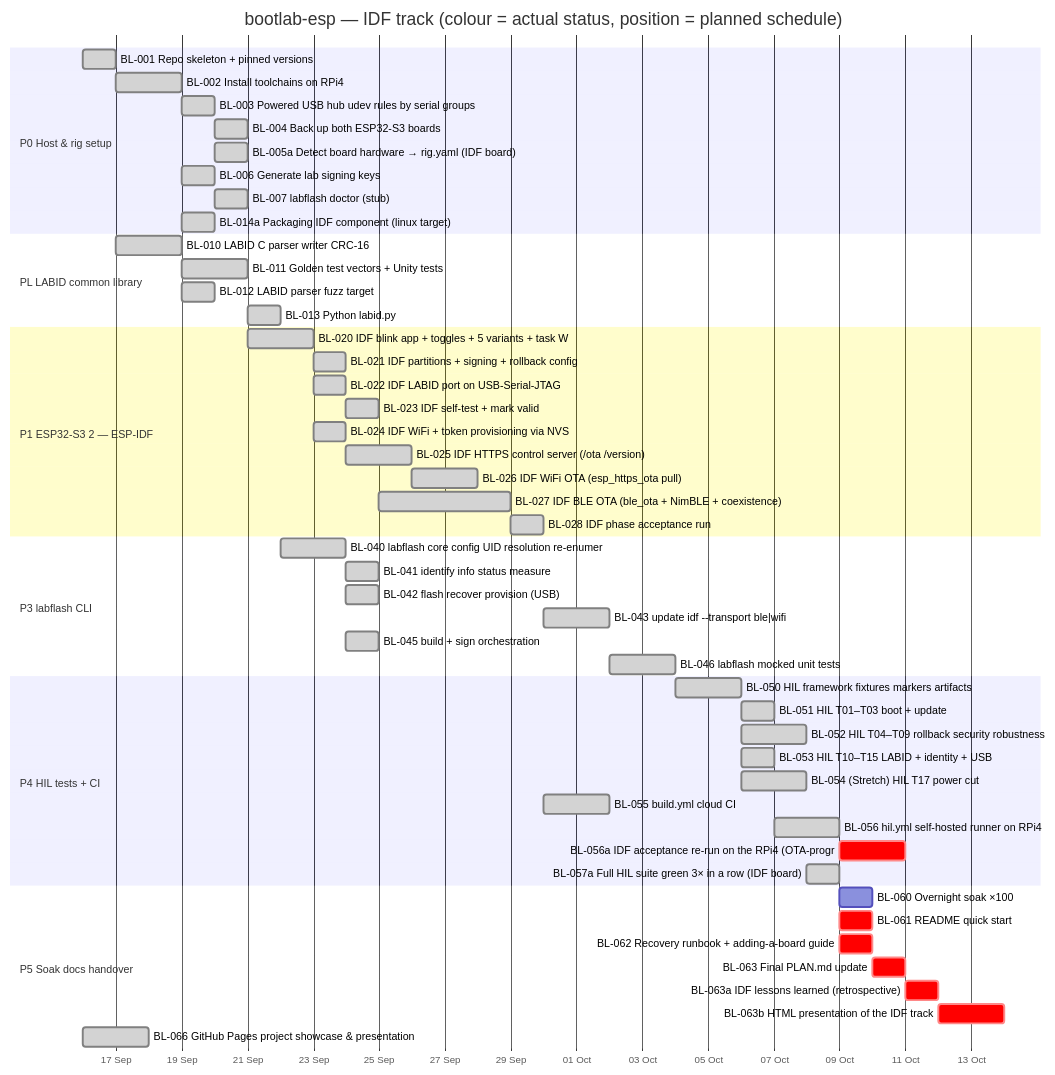
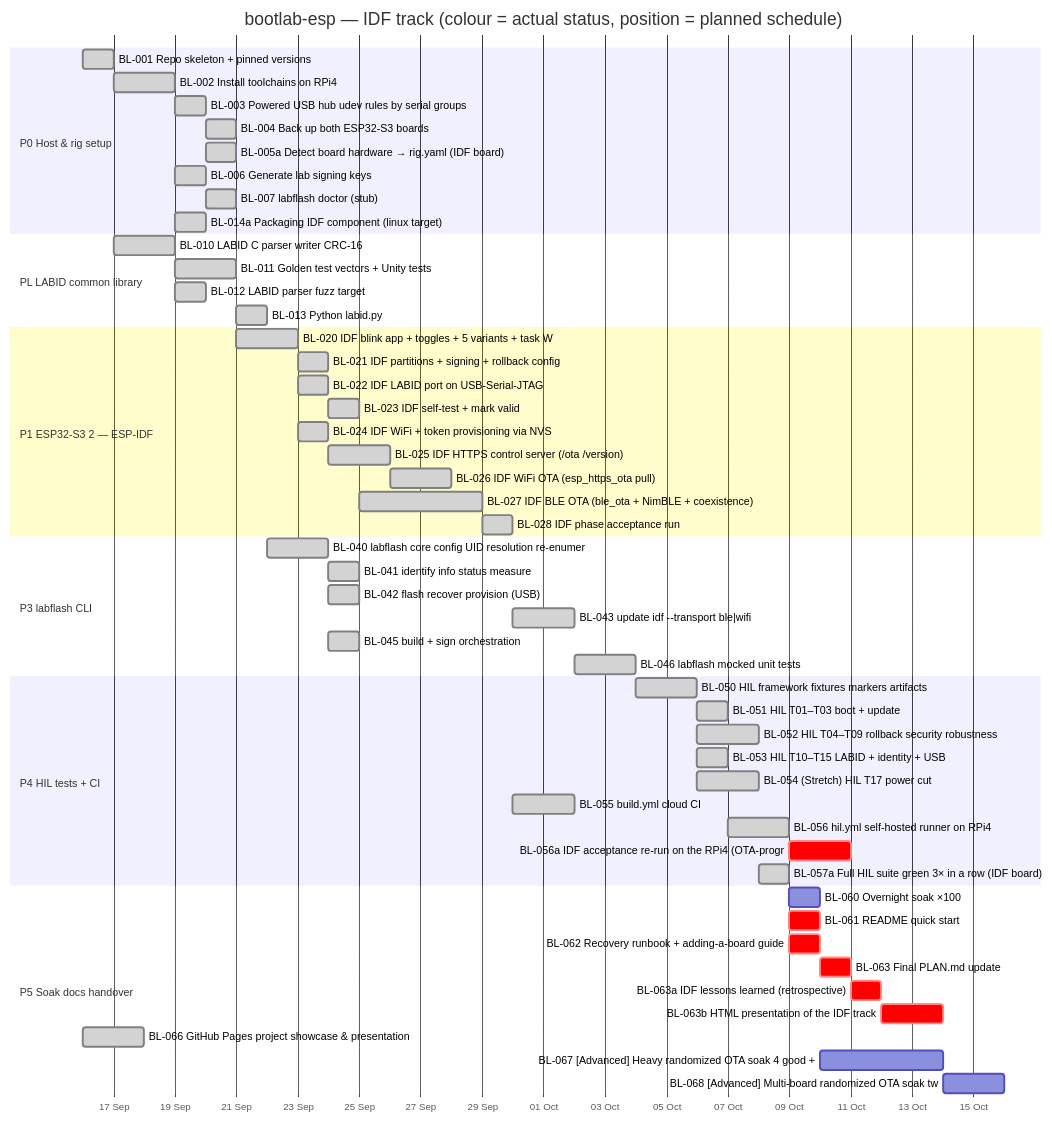
Before and after one commit to mohamed-soubhi/bootlab-esp: the first of 2 diagrams in tickets/GANTT.md, drawn with Mermaid. The commit also changed other lines of this file and 3 other files, not shown here.

First line of the commit message:
docs(tickets): add BL-067 heavy randomized soak and BL-068 multi-board parallel soak

````diff
--- a/tickets/GANTT.md
+++ b/tickets/GANTT.md
@@ -25,56 +25,58 @@
 ```mermaid
 gantt
     title bootlab-esp — IDF track (colour = actual status, position = planned schedule)
     dateFormat YYYY-MM-DD
     axisFormat %d %b
     todayMarker stroke-width:3px,stroke:#f80,opacity:0.7
     section P0 Host & rig setup
     BL-001 Repo skeleton + pinned versions :done, bl001, 2026-09-16, 1d
     BL-002 Install toolchains on RPi4 :done, bl002, 2026-09-17, 2d
     BL-003 Powered USB hub udev rules by serial groups :done, bl003, 2026-09-19, 1d
     BL-004 Back up both ESP32-S3 boards :done, bl004, 2026-09-20, 1d
     BL-005a Detect board hardware → rig.yaml (IDF board) :done, bl005a, 2026-09-20, 1d
     BL-006 Generate lab signing keys :done, bl006, 2026-09-19, 1d
     BL-007 labflash doctor (stub) :done, bl007, 2026-09-20, 1d
     BL-014a Packaging IDF component (linux target) :done, bl014a, 2026-09-19, 1d
     section PL LABID common library
     BL-010 LABID C parser writer CRC-16 :done, bl010, 2026-09-17, 2d
     BL-011 Golden test vectors + Unity tests :done, bl011, 2026-09-19, 2d
     BL-012 LABID parser fuzz target :done, bl012, 2026-09-19, 1d
     BL-013 Python labid.py :done, bl013, 2026-09-21, 1d
     section P1 ESP32-S3 2 — ESP-IDF
     BL-020 IDF blink app + toggles + 5 variants + task W :done, bl020, 2026-09-21, 2d
     BL-021 IDF partitions + signing + rollback config :done, bl021, 2026-09-23, 1d
     BL-022 IDF LABID port on USB-Serial-JTAG :done, bl022, 2026-09-23, 1d
     BL-023 IDF self-test + mark valid :done, bl023, 2026-09-24, 1d
     BL-024 IDF WiFi + token provisioning via NVS :done, bl024, 2026-09-23, 1d
     BL-025 IDF HTTPS control server (/ota /version) :done, bl025, 2026-09-24, 2d
     BL-026 IDF WiFi OTA (esp_https_ota pull) :done, bl026, 2026-09-26, 2d
     BL-027 IDF BLE OTA (ble_ota + NimBLE + coexistence) :done, bl027, 2026-09-25, 4d
     BL-028 IDF phase acceptance run :done, bl028, 2026-09-29, 1d
     section P3 labflash CLI
     BL-040 labflash core config UID resolution re-enumer :done, bl040, 2026-09-22, 2d
     BL-041 identify info status measure :done, bl041, 2026-09-24, 1d
     BL-042 flash recover provision (USB) :done, bl042, 2026-09-24, 1d
     BL-043 update idf --transport ble|wifi :done, bl043, 2026-09-30, 2d
     BL-045 build + sign orchestration :done, bl045, 2026-09-24, 1d
     BL-046 labflash mocked unit tests :done, bl046, 2026-10-02, 2d
     section P4 HIL tests + CI
     BL-050 HIL framework fixtures markers artifacts :done, bl050, 2026-10-04, 2d
     BL-051 HIL T01–T03 boot + update :done, bl051, 2026-10-06, 1d
     BL-052 HIL T04–T09 rollback security robustness :done, bl052, 2026-10-06, 2d
     BL-053 HIL T10–T15 LABID + identity + USB :done, bl053, 2026-10-06, 1d
     BL-054 (Stretch) HIL T17 power cut :done, bl054, 2026-10-06, 2d
     BL-055 build.yml cloud CI :done, bl055, 2026-09-30, 2d
     BL-056 hil.yml self-hosted runner on RPi4 :done, bl056, 2026-10-07, 2d
     BL-056a IDF acceptance re-run on the RPi4 (OTA-progr :crit, bl056a, 2026-10-09, 2d
     BL-057a Full HIL suite green 3× in a row (IDF board) :done, bl057a, 2026-10-08, 1d
     section P5 Soak docs handover
     BL-060 Overnight soak ×100 :bl060, 2026-10-09, 1d
     BL-061 README quick start :crit, bl061, 2026-10-09, 1d
     BL-062 Recovery runbook + adding-a-board guide :crit, bl062, 2026-10-09, 1d
     BL-063 Final PLAN.md update :crit, bl063, 2026-10-10, 1d
     BL-063a IDF lessons learned (retrospective) :crit, bl063a, 2026-10-11, 1d
     BL-063b HTML presentation of the IDF track :crit, bl063b, 2026-10-12, 2d
     BL-066 GitHub Pages project showcase & presentation :done, bl066, 2026-09-16, 2d
+    BL-067 [Advanced] Heavy randomized OTA soak 4 good + :bl067, 2026-10-10, 4d
+    BL-068 [Advanced] Multi-board randomized OTA soak tw :bl068, 2026-10-14, 2d
 ```
````
